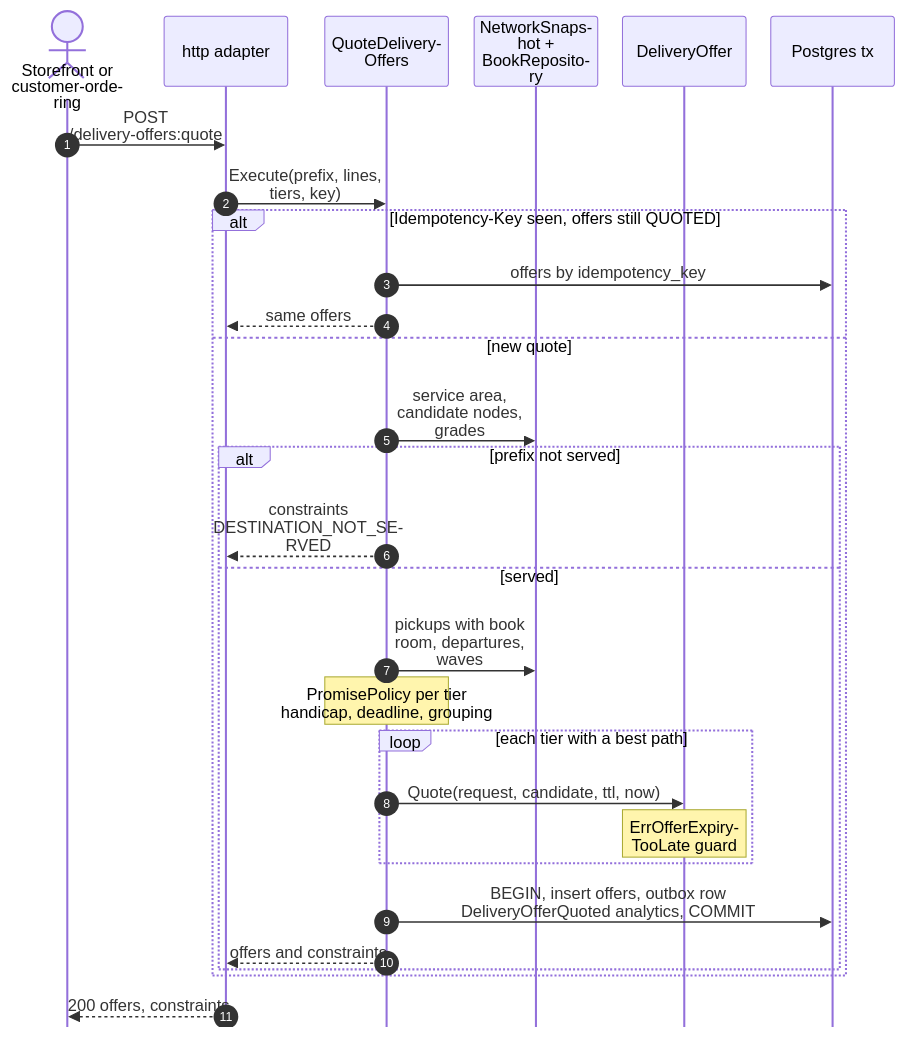
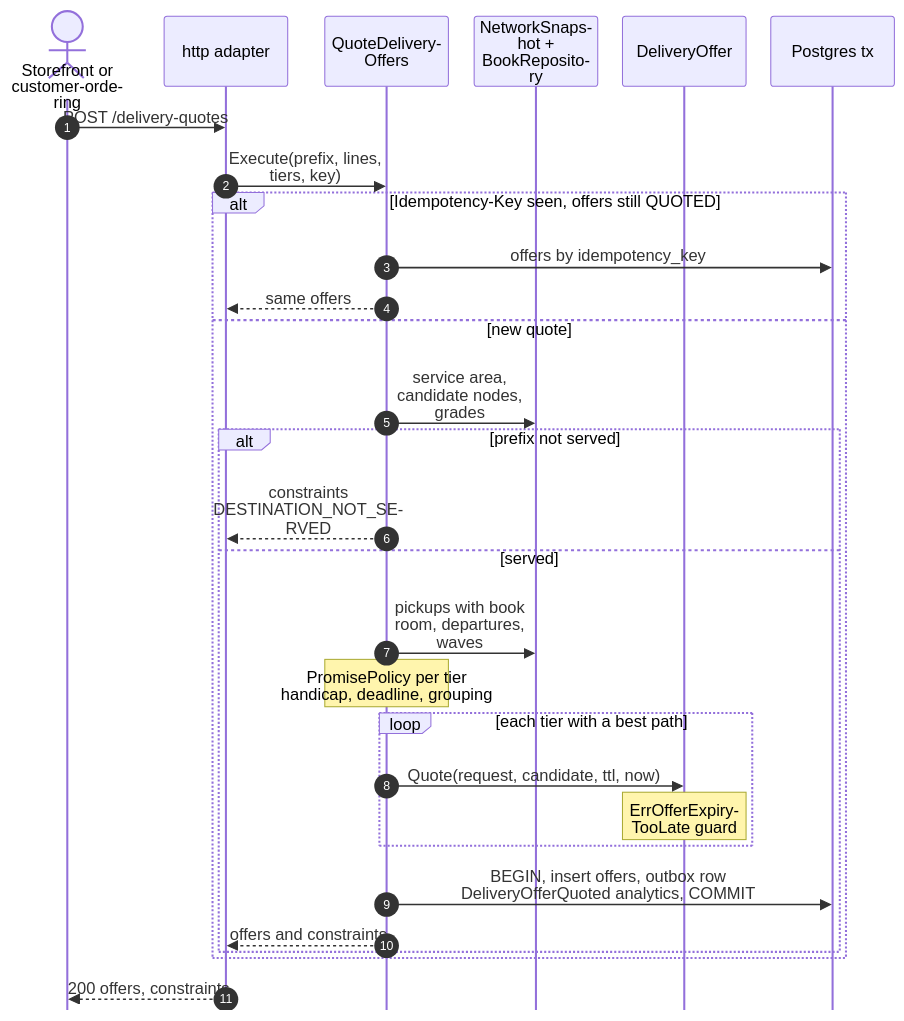
One commit to IQVO/warehouse-docs changed the second of 11 diagrams in network/docs/contexts/delivery-promise/sequence-diagrams.md. Above: the diagram before and after it, drawn with Mermaid. The commit also changed other lines of this file and 272 other files, not shown here.

````diff
--- a/network/docs/contexts/delivery-promise/sequence-diagrams.md
+++ b/network/docs/contexts/delivery-promise/sequence-diagrams.md
@@ -65,32 +65,32 @@
 ```mermaid
 %%{init: {"sequence": {"wrap": true, "width": 120, "actorMargin": 24, "messageMargin": 28, "boxMargin": 6, "noteMargin": 6, "mirrorActors": false}}}%%
 sequenceDiagram
     autonumber
     actor C as Storefront or customer-ordering
     participant H as http adapter
     participant UC as QuoteDeliveryOffers
     participant SN as NetworkSnapshot + BookRepository
     participant A as DeliveryOffer
     participant DB as Postgres tx
-    C->>H: POST /delivery-offers:quote
+    C->>H: POST /delivery-quotes
     H->>UC: Execute(prefix, lines, tiers, key)
     alt Idempotency-Key seen, offers still QUOTED
         UC->>DB: offers by idempotency_key
         UC-->>H: same offers
     else new quote
         UC->>SN: service area, candidate nodes, grades
         alt prefix not served
             UC-->>H: constraints DESTINATION_NOT_SERVED
         else served
             UC->>SN: pickups with book room, departures, waves
             Note over UC: PromisePolicy per tier<br/>handicap, deadline, grouping
             loop each tier with a best path
                 UC->>A: Quote(request, candidate, ttl, now)
                 Note over A: ErrOfferExpiryTooLate guard
             end
             UC->>DB: BEGIN, insert offers, outbox row<br/>DeliveryOfferQuoted analytics, COMMIT
             UC-->>H: offers and constraints
         end
     end
     H-->>C: 200 offers, constraints
 ```
````
